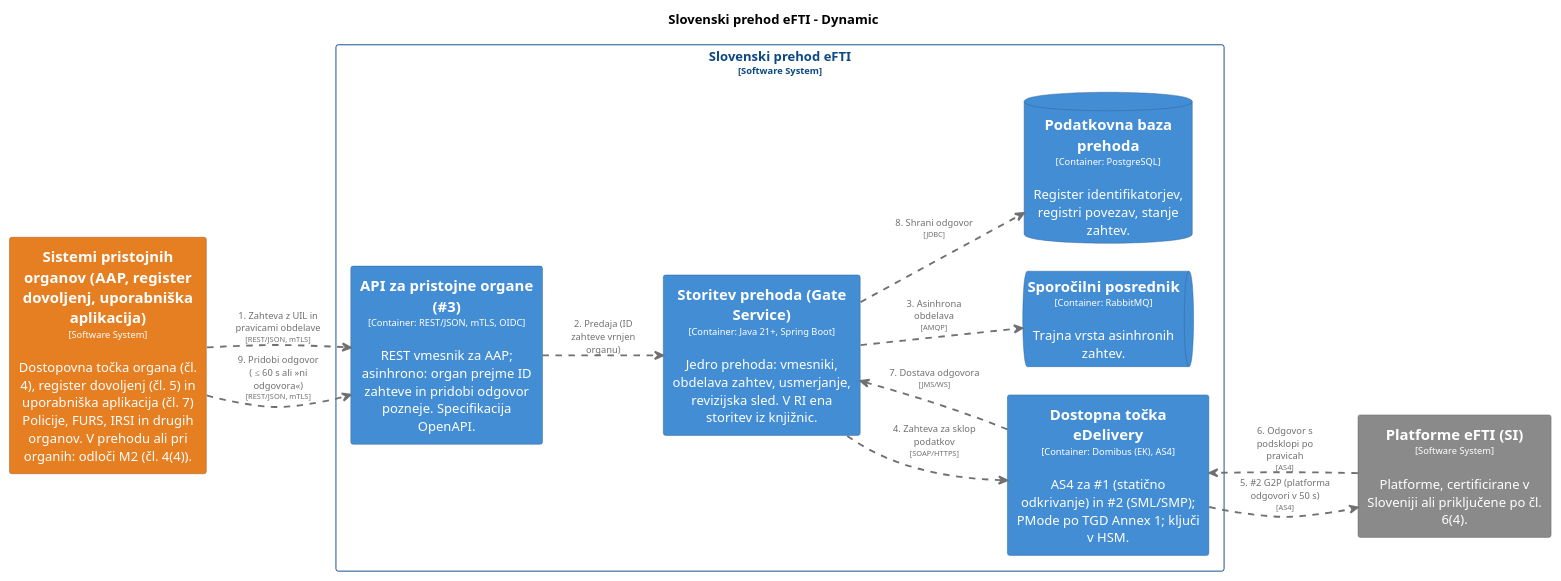
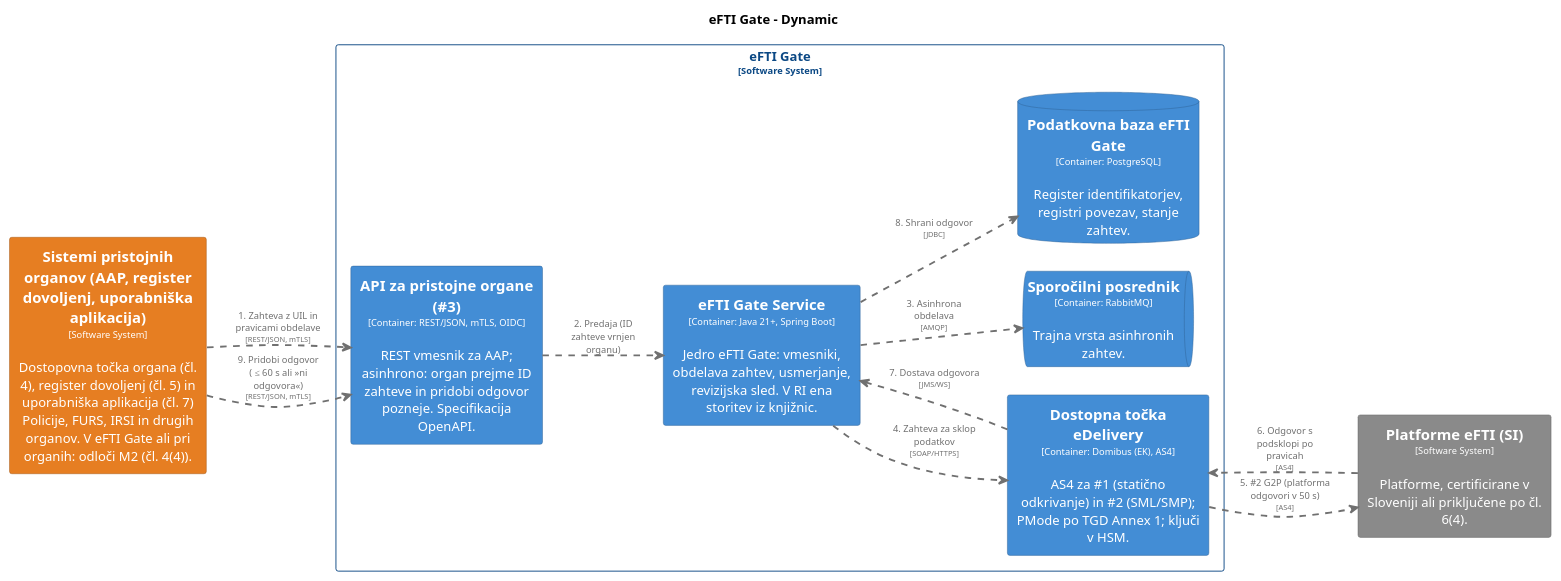
Before and after one commit to UM-KGPI/eFTI-Gate-SI: the diagram in architecture/diagrams/structurizr-D1-UIL-lokalna-platforma.puml, drawn with PlantUML. The commit also changed 24 other files, not shown here.

First line of the commit message:
C4: enotno ime "eFTI Gate" v diagramih

```diff
--- a/architecture/diagrams/structurizr-D1-UIL-lokalna-platforma.puml
+++ b/architecture/diagrams/structurizr-D1-UIL-lokalna-platforma.puml
@@ -1,86 +1,86 @@
 @startuml
 set separator none
-title Slovenski prehod eFTI - Dynamic
+title eFTI Gate - Dynamic
 
 left to right direction
 skinparam ranksep 60
 skinparam nodesep 30
 
 skinparam {
   arrowFontSize 10
   defaultTextAlignment center
   wrapWidth 200
   maxMessageSize 100
 }
 
 hide stereotype
 
-skinparam rectangle<<SlovenskiprehodeFTI.APIzapristojneorgane3>> {
+skinparam rectangle<<eFTIGate.APIzapristojneorgane3>> {
   BackgroundColor #438dd5
   FontColor #ffffff
   BorderColor #2e6295
   shadowing false
 }
-skinparam rectangle<<SlovenskiprehodeFTI.DostopnatočkaeDelivery>> {
+skinparam rectangle<<eFTIGate.DostopnatočkaeDelivery>> {
   BackgroundColor #438dd5
   FontColor #ffffff
   BorderColor #2e6295
   shadowing false
 }
 skinparam rectangle<<PlatformeeFTISI>> {
   BackgroundColor #8a8a8a
   FontColor #ffffff
   BorderColor #606060
   shadowing false
 }
-skinparam database<<SlovenskiprehodeFTI.Podatkovnabazaprehoda>> {
+skinparam database<<eFTIGate.PodatkovnabazaeFTIGate>> {
   BackgroundColor #438dd5
   FontColor #ffffff
   BorderColor #2e6295
   shadowing false
 }
 skinparam rectangle<<SistemipristojnihorganovAAPregisterdovoljenjuporabniškaaplikacija>> {
   BackgroundColor #e67e22
   FontColor #ffffff
   BorderColor #a15817
   shadowing false
 }
-skinparam queue<<SlovenskiprehodeFTI.Sporočilniposrednik>> {
+skinparam queue<<eFTIGate.Sporočilniposrednik>> {
   BackgroundColor #438dd5
   FontColor #ffffff
   BorderColor #2e6295
   shadowing false
 }
-skinparam rectangle<<SlovenskiprehodeFTI.StoritevprehodaGateService>> {
+skinparam rectangle<<eFTIGate.eFTIGateService>> {
   BackgroundColor #438dd5
   FontColor #ffffff
   BorderColor #2e6295
   shadowing false
 }
-skinparam rectangle<<SlovenskiprehodeFTI>> {
+skinparam rectangle<<eFTIGate>> {
   BorderColor #0b4884
   FontColor #0b4884
   shadowing false
 }
 
-rectangle "Slovenski prehod eFTI\n<size:10>[Software System]</size>" <<SlovenskiprehodeFTI>> {
-  rectangle "==API za pristojne organe (#3)\n<size:10>[Container: REST/JSON, mTLS, OIDC]</size>\n\nREST vmesnik za AAP; asinhrono: organ prejme ID zahteve in pridobi odgovor pozneje. Specifikacija OpenAPI." <<SlovenskiprehodeFTI.APIzapristojneorgane3>> as SlovenskiprehodeFTI.APIzapristojneorgane3
-  queue "==Sporočilni posrednik\n<size:10>[Container: RabbitMQ]</size>\n\nTrajna vrsta asinhronih zahtev." <<SlovenskiprehodeFTI.Sporočilniposrednik>> as SlovenskiprehodeFTI.Sporočilniposrednik
-  database "==Podatkovna baza prehoda\n<size:10>[Container: PostgreSQL]</size>\n\nRegister identifikatorjev, registri povezav, stanje zahtev." <<SlovenskiprehodeFTI.Podatkovnabazaprehoda>> as SlovenskiprehodeFTI.Podatkovnabazaprehoda
-  rectangle "==Dostopna točka eDelivery\n<size:10>[Container: Domibus (EK), AS4]</size>\n\nAS4 za #1 (statično odkrivanje) in #2 (SML/SMP); PMode po TGD Annex 1; ključi v HSM." <<SlovenskiprehodeFTI.DostopnatočkaeDelivery>> as SlovenskiprehodeFTI.DostopnatočkaeDelivery
-  rectangle "==Storitev prehoda (Gate Service)\n<size:10>[Container: Java 21+, Spring Boot]</size>\n\nJedro prehoda: vmesniki, obdelava zahtev, usmerjanje, revizijska sled. V RI ena storitev iz knjižnic." <<SlovenskiprehodeFTI.StoritevprehodaGateService>> as SlovenskiprehodeFTI.StoritevprehodaGateService
+rectangle "eFTI Gate\n<size:10>[Software System]</size>" <<eFTIGate>> {
+  rectangle "==API za pristojne organe (#3)\n<size:10>[Container: REST/JSON, mTLS, OIDC]</size>\n\nREST vmesnik za AAP; asinhrono: organ prejme ID zahteve in pridobi odgovor pozneje. Specifikacija OpenAPI." <<eFTIGate.APIzapristojneorgane3>> as eFTIGate.APIzapristojneorgane3
+  queue "==Sporočilni posrednik\n<size:10>[Container: RabbitMQ]</size>\n\nTrajna vrsta asinhronih zahtev." <<eFTIGate.Sporočilniposrednik>> as eFTIGate.Sporočilniposrednik
+  database "==Podatkovna baza eFTI Gate\n<size:10>[Container: PostgreSQL]</size>\n\nRegister identifikatorjev, registri povezav, stanje zahtev." <<eFTIGate.PodatkovnabazaeFTIGate>> as eFTIGate.PodatkovnabazaeFTIGate
+  rectangle "==Dostopna točka eDelivery\n<size:10>[Container: Domibus (EK), AS4]</size>\n\nAS4 za #1 (statično odkrivanje) in #2 (SML/SMP); PMode po TGD Annex 1; ključi v HSM." <<eFTIGate.DostopnatočkaeDelivery>> as eFTIGate.DostopnatočkaeDelivery
+  rectangle "==eFTI Gate Service\n<size:10>[Container: Java 21+, Spring Boot]</size>\n\nJedro eFTI Gate: vmesniki, obdelava zahtev, usmerjanje, revizijska sled. V RI ena storitev iz knjižnic." <<eFTIGate.eFTIGateService>> as eFTIGate.eFTIGateService
 }
 
-rectangle "==Sistemi pristojnih organov (AAP, register dovoljenj, uporabniška aplikacija)\n<size:10>[Software System]</size>\n\nDostopovna točka organa (čl. 4), register dovoljenj (čl. 5) in uporabniška aplikacija (čl. 7) Policije, FURS, IRSI in drugih organov. V prehodu ali pri organih: odloči M2 (čl. 4(4))." <<SistemipristojnihorganovAAPregisterdovoljenjuporabniškaaplikacija>> as SistemipristojnihorganovAAPregisterdovoljenjuporabniškaaplikacija
+rectangle "==Sistemi pristojnih organov (AAP, register dovoljenj, uporabniška aplikacija)\n<size:10>[Software System]</size>\n\nDostopovna točka organa (čl. 4), register dovoljenj (čl. 5) in uporabniška aplikacija (čl. 7) Policije, FURS, IRSI in drugih organov. V eFTI Gate ali pri organih: odloči M2 (čl. 4(4))." <<SistemipristojnihorganovAAPregisterdovoljenjuporabniškaaplikacija>> as SistemipristojnihorganovAAPregisterdovoljenjuporabniškaaplikacija
 rectangle "==Platforme eFTI (SI)\n<size:10>[Software System]</size>\n\nPlatforme, certificirane v Sloveniji ali priključene po čl. 6(4)." <<PlatformeeFTISI>> as PlatformeeFTISI
 
-SistemipristojnihorganovAAPregisterdovoljenjuporabniškaaplikacija .[#707070,thickness=2].> SlovenskiprehodeFTI.APIzapristojneorgane3 : "<color:#707070>1. Zahteva z UIL in pravicami obdelave\n<color:#707070><size:8>[REST/JSON, mTLS]</size>"
-SlovenskiprehodeFTI.APIzapristojneorgane3 .[#707070,thickness=2].> SlovenskiprehodeFTI.StoritevprehodaGateService : "<color:#707070>2. Predaja (ID zahteve vrnjen organu)"
-SlovenskiprehodeFTI.StoritevprehodaGateService .[#707070,thickness=2].> SlovenskiprehodeFTI.Sporočilniposrednik : "<color:#707070>3. Asinhrona obdelava\n<color:#707070><size:8>[AMQP]</size>"
-SlovenskiprehodeFTI.StoritevprehodaGateService .[#707070,thickness=2].> SlovenskiprehodeFTI.DostopnatočkaeDelivery : "<color:#707070>4. Zahteva za sklop podatkov\n<color:#707070><size:8>[SOAP/HTTPS]</size>"
-SlovenskiprehodeFTI.DostopnatočkaeDelivery .[#707070,thickness=2].> PlatformeeFTISI : "<color:#707070>5. #2 G2P (platforma odgovori v 50 s)\n<color:#707070><size:8>[AS4]</size>"
-PlatformeeFTISI .[#707070,thickness=2].> SlovenskiprehodeFTI.DostopnatočkaeDelivery : "<color:#707070>6. Odgovor s podsklopi po pravicah\n<color:#707070><size:8>[AS4]</size>"
-SlovenskiprehodeFTI.DostopnatočkaeDelivery .[#707070,thickness=2].> SlovenskiprehodeFTI.StoritevprehodaGateService : "<color:#707070>7. Dostava odgovora\n<color:#707070><size:8>[JMS/WS]</size>"
-SlovenskiprehodeFTI.StoritevprehodaGateService .[#707070,thickness=2].> SlovenskiprehodeFTI.Podatkovnabazaprehoda : "<color:#707070>8. Shrani odgovor\n<color:#707070><size:8>[JDBC]</size>"
-SistemipristojnihorganovAAPregisterdovoljenjuporabniškaaplikacija .[#707070,thickness=2].> SlovenskiprehodeFTI.APIzapristojneorgane3 : "<color:#707070>9. Pridobi odgovor (≤ 60 s ali »ni odgovora«)\n<color:#707070><size:8>[REST/JSON, mTLS]</size>"
+SistemipristojnihorganovAAPregisterdovoljenjuporabniškaaplikacija .[#707070,thickness=2].> eFTIGate.APIzapristojneorgane3 : "<color:#707070>1. Zahteva z UIL in pravicami obdelave\n<color:#707070><size:8>[REST/JSON, mTLS]</size>"
+eFTIGate.APIzapristojneorgane3 .[#707070,thickness=2].> eFTIGate.eFTIGateService : "<color:#707070>2. Predaja (ID zahteve vrnjen organu)"
+eFTIGate.eFTIGateService .[#707070,thickness=2].> eFTIGate.Sporočilniposrednik : "<color:#707070>3. Asinhrona obdelava\n<color:#707070><size:8>[AMQP]</size>"
+eFTIGate.eFTIGateService .[#707070,thickness=2].> eFTIGate.DostopnatočkaeDelivery : "<color:#707070>4. Zahteva za sklop podatkov\n<color:#707070><size:8>[SOAP/HTTPS]</size>"
+eFTIGate.DostopnatočkaeDelivery .[#707070,thickness=2].> PlatformeeFTISI : "<color:#707070>5. #2 G2P (platforma odgovori v 50 s)\n<color:#707070><size:8>[AS4]</size>"
+PlatformeeFTISI .[#707070,thickness=2].> eFTIGate.DostopnatočkaeDelivery : "<color:#707070>6. Odgovor s podsklopi po pravicah\n<color:#707070><size:8>[AS4]</size>"
+eFTIGate.DostopnatočkaeDelivery .[#707070,thickness=2].> eFTIGate.eFTIGateService : "<color:#707070>7. Dostava odgovora\n<color:#707070><size:8>[JMS/WS]</size>"
+eFTIGate.eFTIGateService .[#707070,thickness=2].> eFTIGate.PodatkovnabazaeFTIGate : "<color:#707070>8. Shrani odgovor\n<color:#707070><size:8>[JDBC]</size>"
+SistemipristojnihorganovAAPregisterdovoljenjuporabniškaaplikacija .[#707070,thickness=2].> eFTIGate.APIzapristojneorgane3 : "<color:#707070>9. Pridobi odgovor (≤ 60 s ali »ni odgovora«)\n<color:#707070><size:8>[REST/JSON, mTLS]</size>"
 @enduml
```
